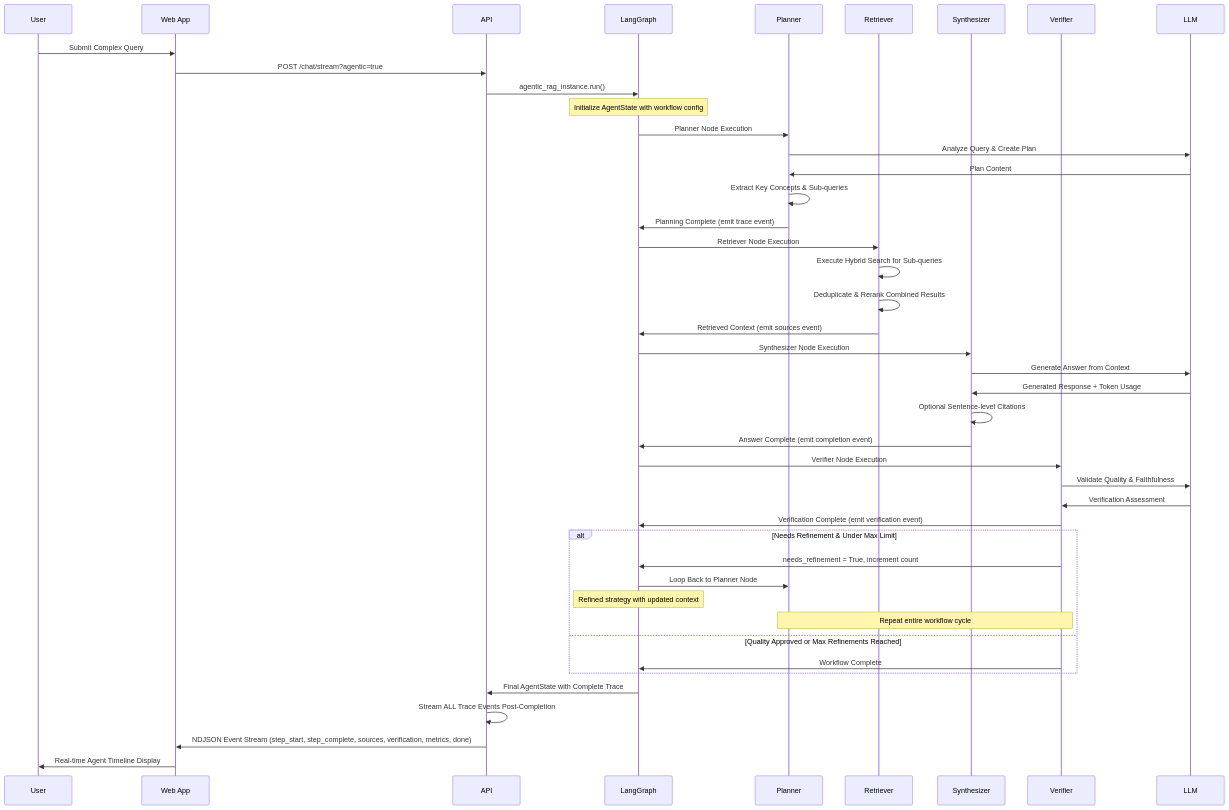
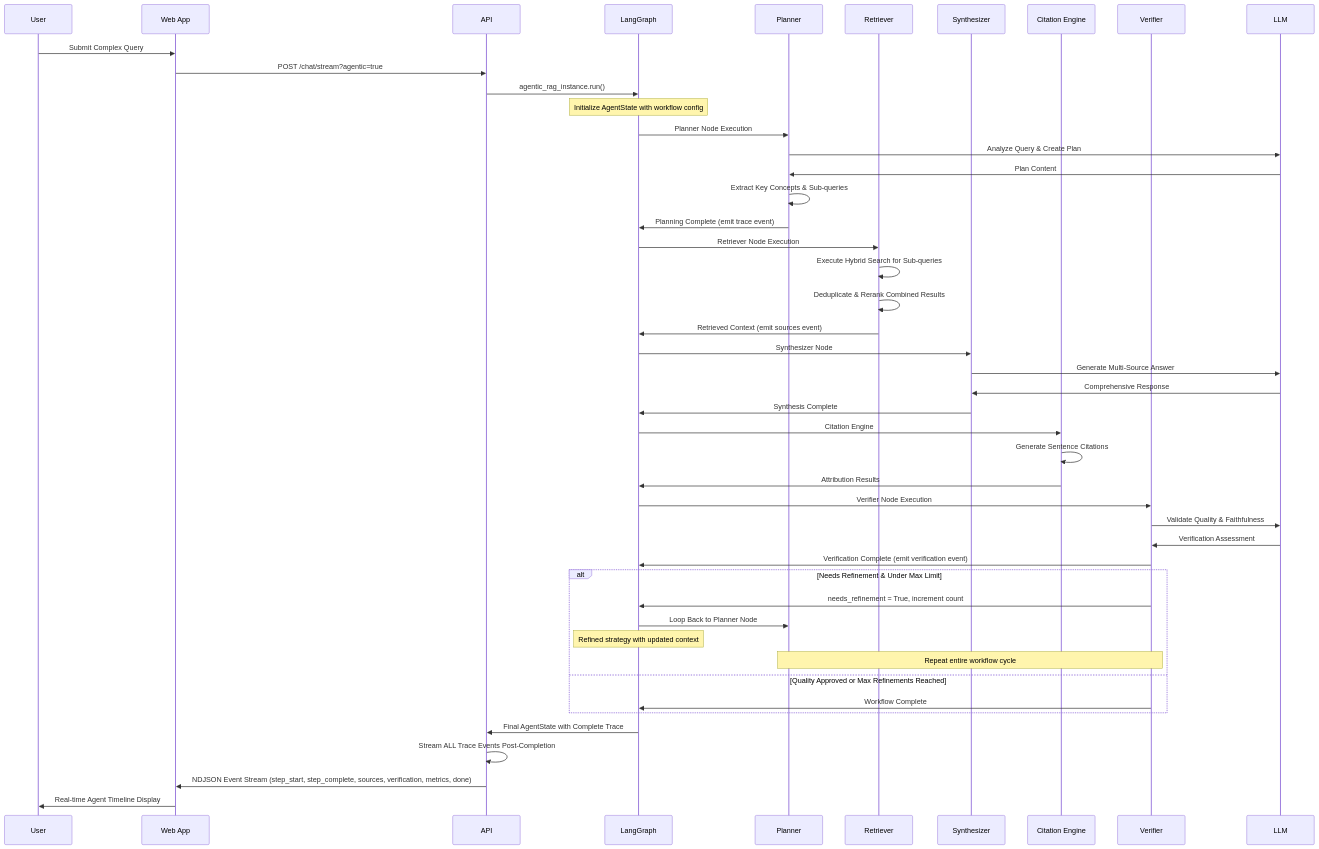
Before and after one commit to Marcussy34/maistorage: the fourth of 4 diagrams in docs/ARCHITECTURE.md, drawn with Mermaid. The commit also changed other lines of this file, not shown here.

````diff
--- a/docs/ARCHITECTURE.md
+++ b/docs/ARCHITECTURE.md
@@ -252,53 +252,57 @@
 ```mermaid
 sequenceDiagram
     participant U as User
     participant W as Web App
     participant A as API
     participant G as LangGraph
     participant P as Planner
     participant R as Retriever
     participant S as Synthesizer
+    participant C as Citation Engine
     participant V as Verifier
     participant L as LLM
 
     U->>W: Submit Complex Query
     W->>A: POST /chat/stream?agentic=true
     A->>G: agentic_rag_instance.run()
     
     Note over G: Initialize AgentState with workflow config
     G->>P: Planner Node Execution
     P->>L: Analyze Query & Create Plan
     L->>P: Plan Content
     P->>P: Extract Key Concepts & Sub-queries
     P->>G: Planning Complete (emit trace event)
     
     G->>R: Retriever Node Execution
     R->>R: Execute Hybrid Search for Sub-queries
     R->>R: Deduplicate & Rerank Combined Results
     R->>G: Retrieved Context (emit sources event)
     
-    G->>S: Synthesizer Node Execution
-    S->>L: Generate Answer from Context
-    L->>S: Generated Response + Token Usage
-    S->>S: Optional Sentence-level Citations
-    S->>G: Answer Complete (emit completion event)
+    G->>S: Synthesizer Node
+    S->>L: Generate Multi-Source Answer
+    L->>S: Comprehensive Response
+    S->>G: Synthesis Complete
+    
+    G->>C: Citation Engine
+    C->>C: Generate Sentence Citations
+    C->>G: Attribution Results
     
     G->>V: Verifier Node Execution
     V->>L: Validate Quality & Faithfulness
     L->>V: Verification Assessment
     V->>G: Verification Complete (emit verification event)
     
     alt Needs Refinement & Under Max Limit
         V->>G: needs_refinement = True, increment count
         G->>P: Loop Back to Planner Node
         Note over G: Refined strategy with updated context
         Note over P,V: Repeat entire workflow cycle
     else Quality Approved or Max Refinements Reached
         V->>G: Workflow Complete
     end
     
     G->>A: Final AgentState with Complete Trace
     A->>A: Stream ALL Trace Events Post-Completion
     A->>W: NDJSON Event Stream (step_start, step_complete, sources, verification, metrics, done)
     W->>U: Real-time Agent Timeline Display
 ```
````
